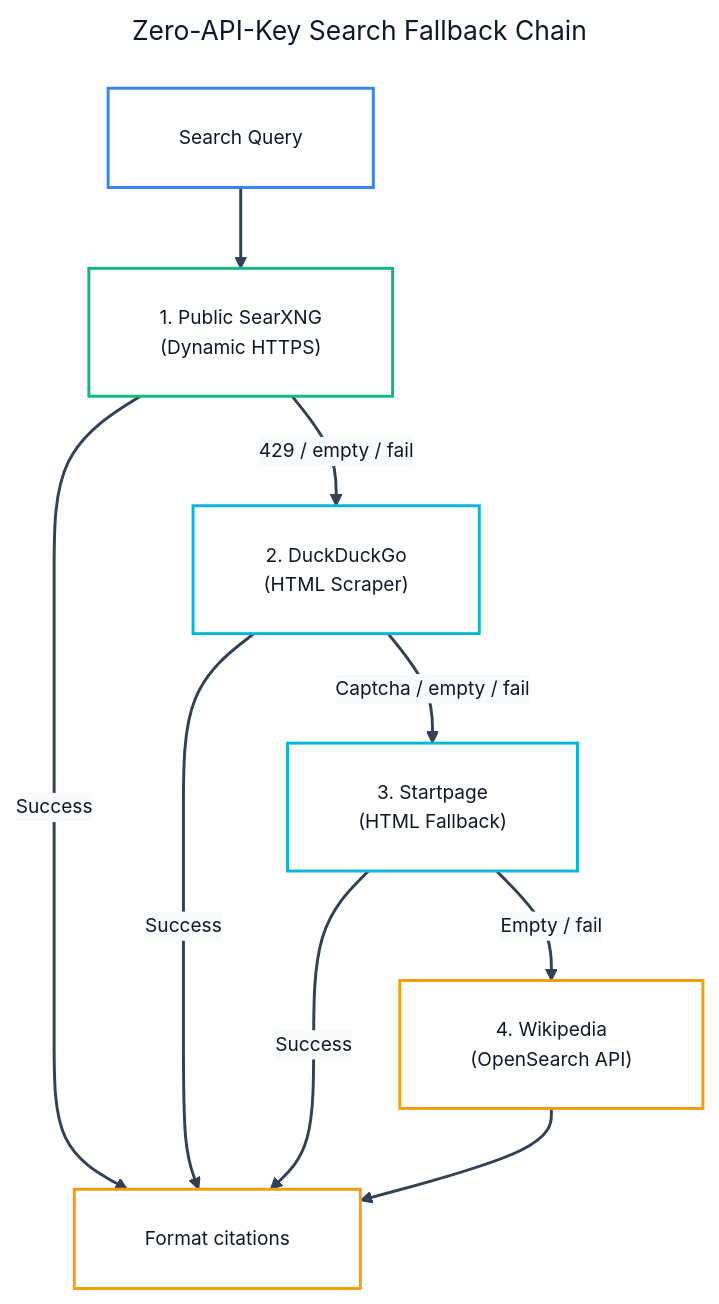
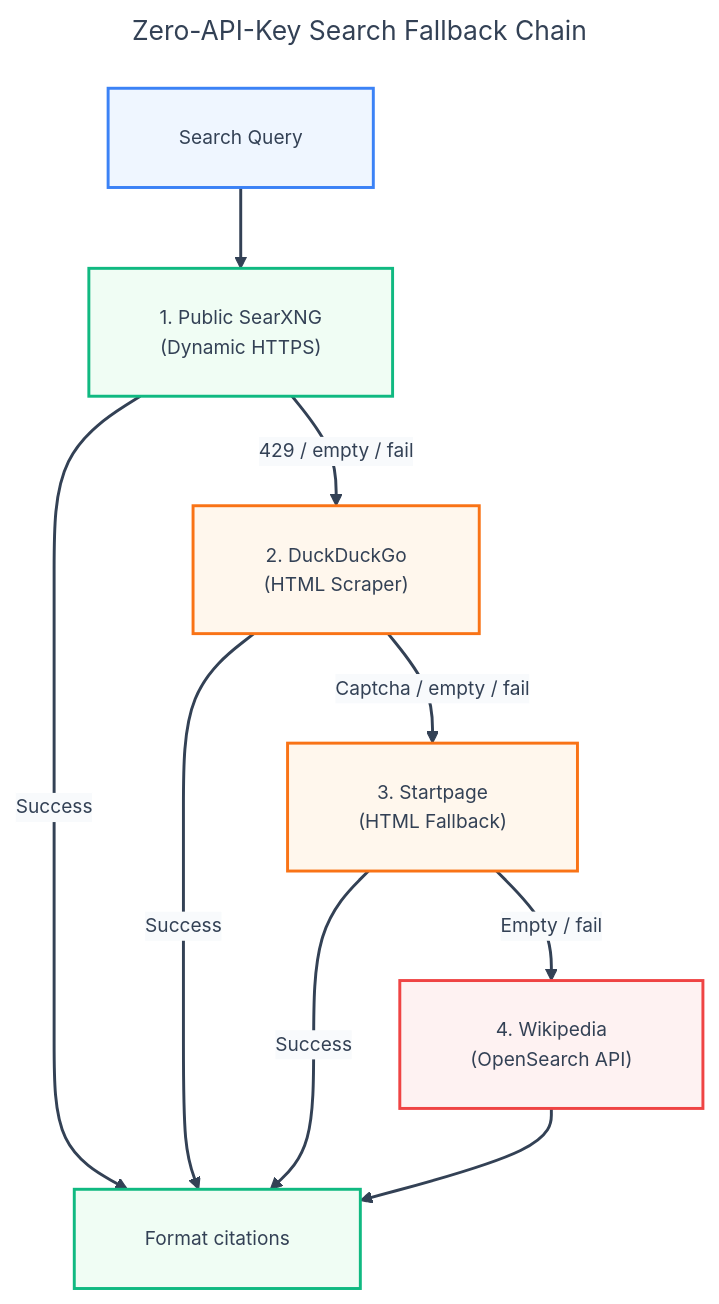
Before and after one commit to andycungkrinx91/konoha: the diagram in docs/SETUP-SEARXNG.md, drawn with Mermaid. The commit also changed 136 other files, not shown here.

````diff
--- a/docs/SETUP-SEARXNG.md
+++ b/docs/SETUP-SEARXNG.md
@@ -13,45 +13,46 @@
 ```mermaid
 ---
 title: Zero-API-Key Search Fallback Chain
 config:
   theme: base
   themeVariables:
     darkMode: false
     background: '#ffffff'
-    mainBkg: '#ffffff'
-    primaryColor: '#ffffff'
-    primaryTextColor: '#0f172a'
-    primaryBorderColor: '#10b981'
+    mainBkg: '#eff6ff'
+    primaryColor: '#eff6ff'
+    primaryTextColor: '#334155'
+    primaryBorderColor: '#3b82f6'
     lineColor: '#334155'
     arrowheadColor: '#334155'
     secondaryColor: '#f8fafc'
-    tertiaryColor: '#ffffff'
+    tertiaryColor: '#f0fdf4'
     fontFamily: 'Inter, system-ui, -apple-system, sans-serif'
     fontSize: '13px'
   flowchart:
     nodeSpacing: 45
     rankSpacing: 55
     padding: 24
     wrappingWidth: 380
 ---
 flowchart TD
     Query["Search Query"] --> Searx["1. Public SearXNG<br/>(Dynamic HTTPS)"]
     Searx -->|Success| Return["Format citations"]
     Searx -->|429 / empty / fail| DDG["2. DuckDuckGo<br/>(HTML Scraper)"]
     DDG -->|Success| Return
     DDG -->|Captcha / empty / fail| Startpage["3. Startpage<br/>(HTML Fallback)"]
     Startpage -->|Success| Return
     Startpage -->|Empty / fail| Wikipedia["4. Wikipedia<br/>(OpenSearch API)"]
     Wikipedia --> Return
 
     linkStyle default stroke:#334155,stroke-width:2px;
-    classDef inputNode fill:#ffffff,stroke:#3b82f6,color:#0f172a,stroke-width:2px;
-    classDef primaryNode fill:#ffffff,stroke:#10b981,color:#0f172a,stroke-width:2px;
-    classDef fallbackNode fill:#ffffff,stroke:#06b6d4,color:#0f172a,stroke-width:2px;
-    classDef finalNode fill:#ffffff,stroke:#f59e0b,color:#0f172a,stroke-width:2px;
 
-    class Query inputNode;
-    class Searx primaryNode;
-    class DDG,Startpage fallbackNode;
-    class Wikipedia,Return finalNode;
+    classDef blueShape fill:#eff6ff,stroke:#3b82f6,color:#334155,stroke-width:2px;
+    classDef orangeShape fill:#fff7ed,stroke:#f97316,color:#334155,stroke-width:2px;
+    classDef greenShape fill:#f0fdf4,stroke:#10b981,color:#334155,stroke-width:2px;
+    classDef redShape fill:#fef2f2,stroke:#ef4444,color:#334155,stroke-width:2px;
+
+    class Query blueShape;
+    class DDG,Startpage orangeShape;
+    class Searx,Return greenShape;
+    class Wikipedia redShape;
 ```
````
